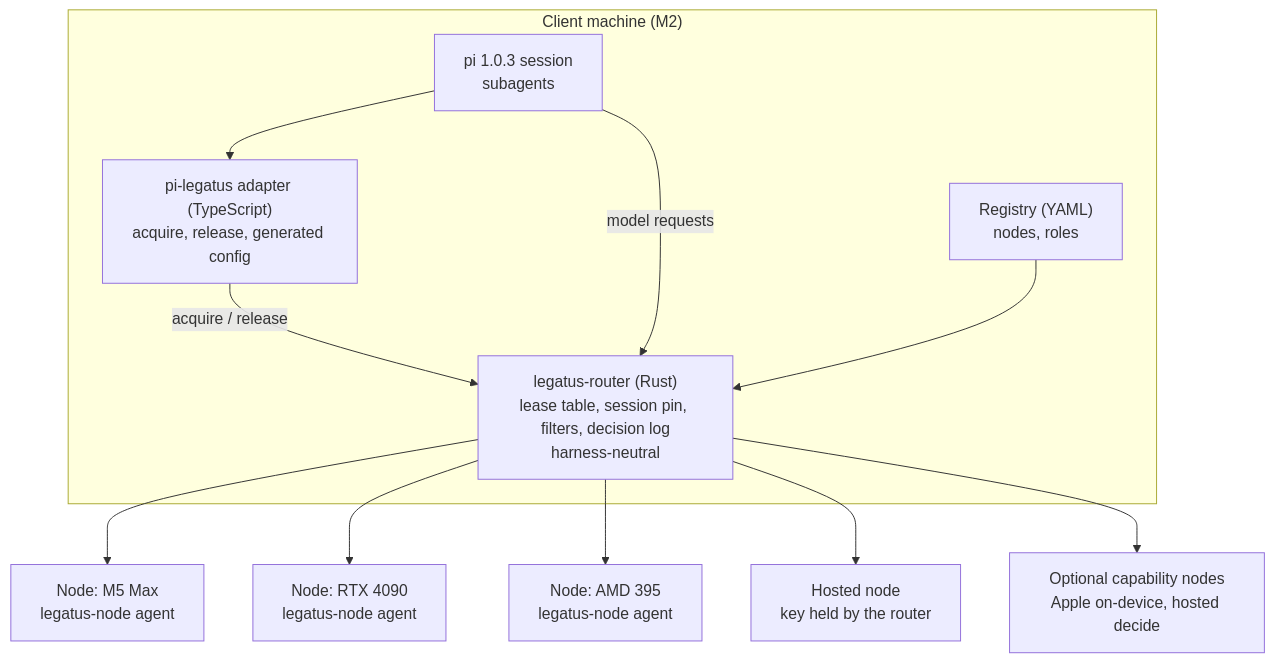
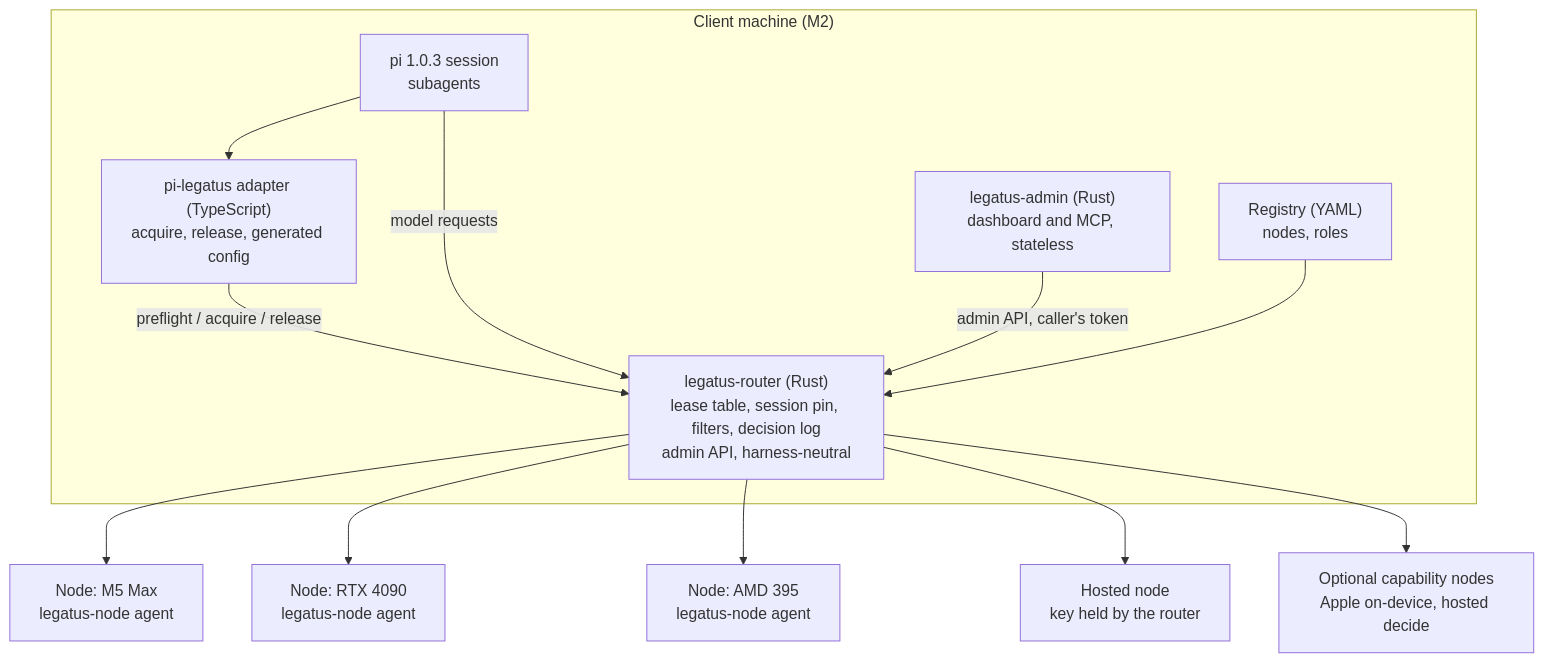
One commit to boxabirds/legatus changed the diagram in specs/baseline/architecture.md. Above: the diagram before and after it, drawn with Mermaid. The commit also changed other lines of this file and 10 other files, not shown here.

````diff
--- a/specs/baseline/architecture.md
+++ b/specs/baseline/architecture.md
@@ -5,18 +5,20 @@
 ```mermaid
 flowchart TB
   subgraph Client["Client machine (M2)"]
     PI["pi 1.0.3 session<br/>subagents"]
     EXT["pi-legatus adapter (TypeScript)<br/>acquire, release, generated config"]
-    ROUTER["legatus-router (Rust)<br/>lease table, session pin, filters, decision log<br/>harness-neutral"]
+    ROUTER["legatus-router (Rust)<br/>lease table, session pin, filters, decision log<br/>admin API, harness-neutral"]
+    ADMIN["legatus-admin (Rust)<br/>dashboard and MCP, stateless"]
     REG["Registry (YAML)<br/>nodes, roles"]
     PI --> EXT
-    EXT -->|"acquire / release"| ROUTER
+    EXT -->|"preflight / acquire / release"| ROUTER
     PI -->|"model requests"| ROUTER
+    ADMIN -->|"admin API, caller's token"| ROUTER
     REG --> ROUTER
   end
   ROUTER --> M5["Node: M5 Max<br/>legatus-node agent"]
   ROUTER --> G4090["Node: RTX 4090<br/>legatus-node agent"]
   ROUTER --> STRIX["Node: AMD 395<br/>legatus-node agent"]
   ROUTER --> FRONTIER["Hosted node<br/>key held by the router"]
   ROUTER --> APPLE["Optional capability nodes<br/>Apple on-device, hosted decide"]
 ```
````
